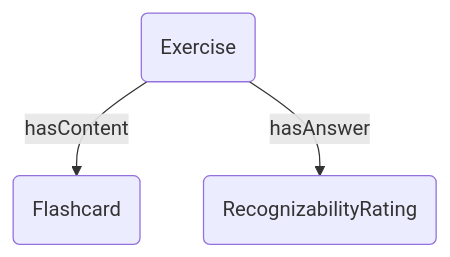
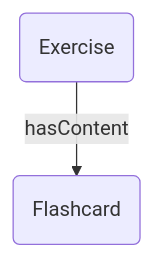
One commit to Explik/diybirdyapp changed diagram 14 of 17 in docs/graph-representation.md. Above: the diagram before and after it, drawn with Mermaid. The commit also changed other lines of this file, not shown here.

Commit message:
Updating graph representation documentation before a larger refactor

````diff
--- a/docs/graph-representation.md
+++ b/docs/graph-representation.md
@@ -191,9 +219,7 @@
 ```mermaid
 graph TB
 Exercise(Exercise)
 Flashcard(Flashcard)
-RecognizabilityRating(RecognizabilityRating)
 
 Exercise--hasContent-->Flashcard
-Exercise--hasAnswer-->RecognizabilityRating
 ```
````
